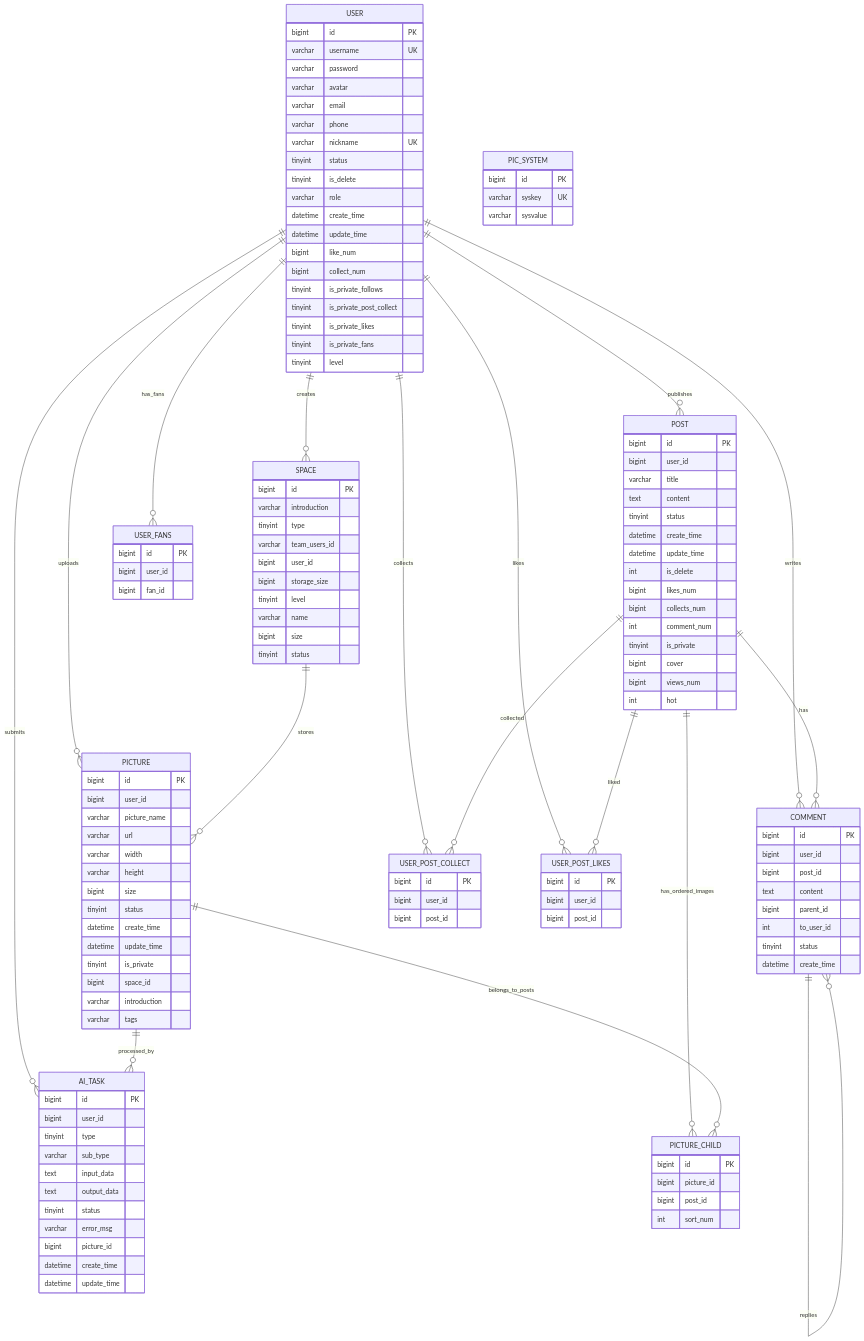
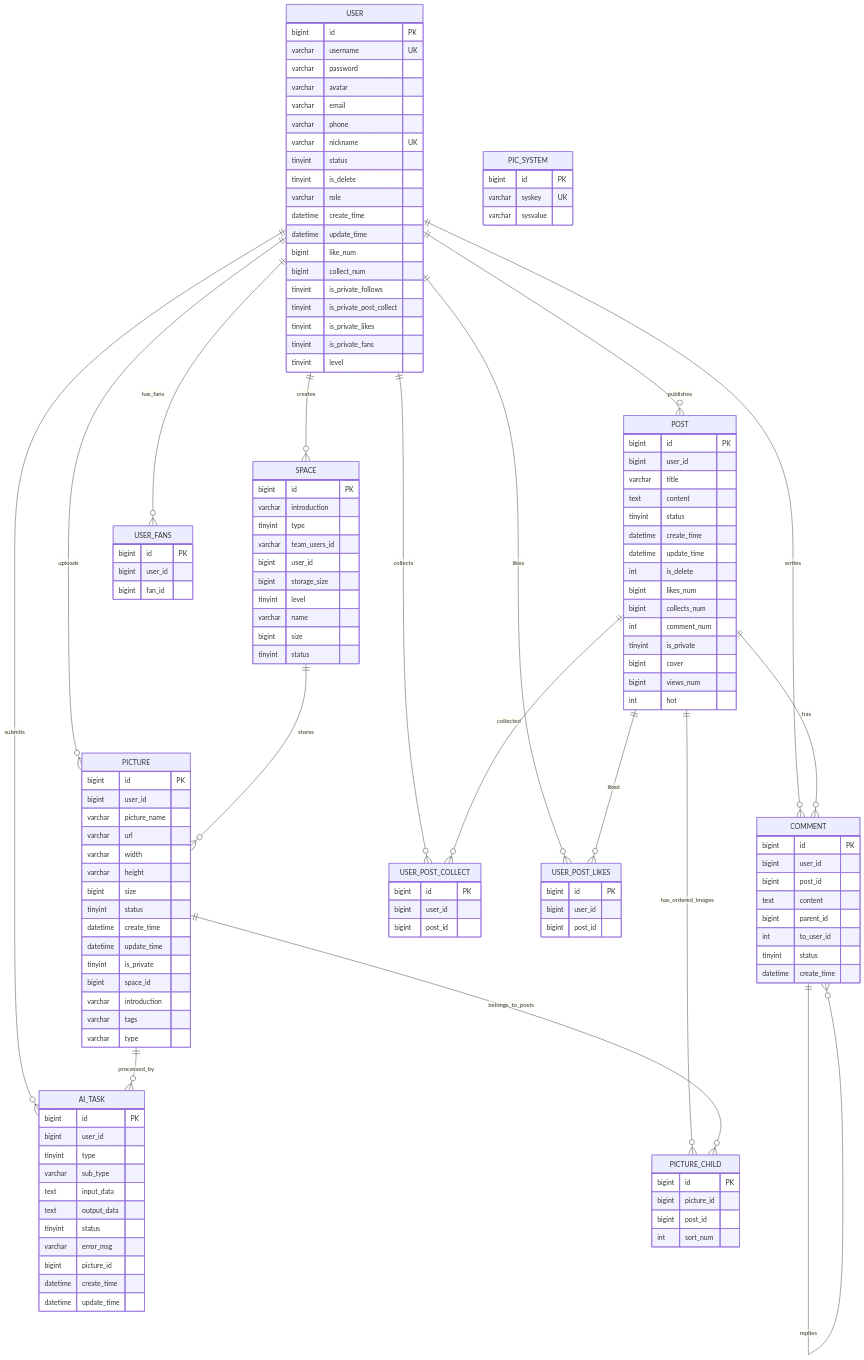
Before and after one commit to FishDuM/AI.Image.Material.Collaboration.Platform: the third of 8 diagrams in model/uml_diagrams.md, drawn with Mermaid. The commit also changed other lines of this file and 10 other files, not shown here.

Commit message:
实现AI文生图功能

```diff
--- a/model/uml_diagrams.md
+++ b/model/uml_diagrams.md
@@ -302,6 +303,7 @@
         bigint space_id
         varchar introduction
         varchar tags
+        varchar type
     }
 
     PICTURE_CHILD {
```
